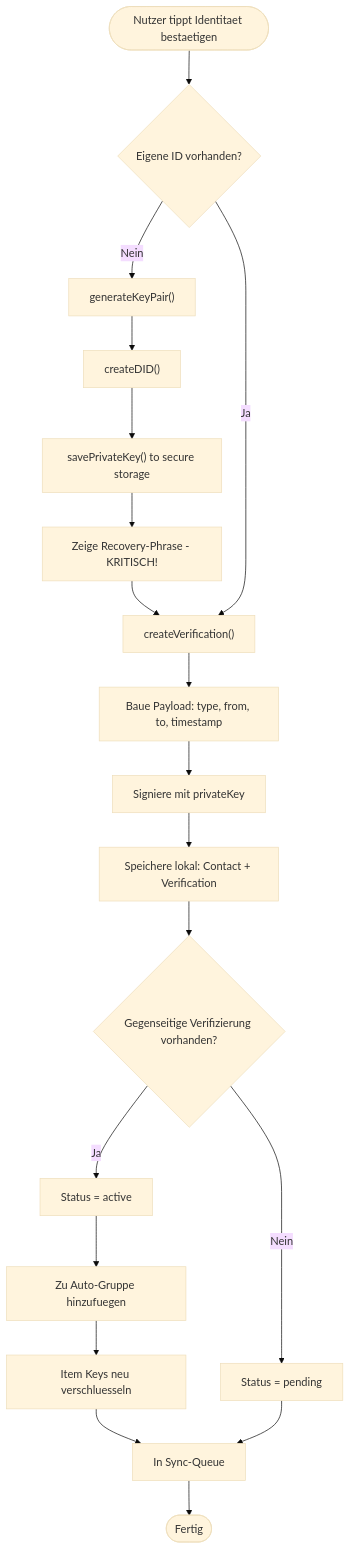
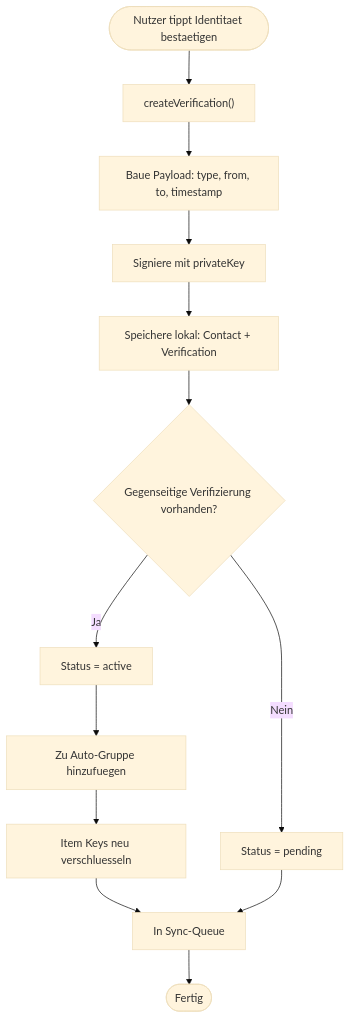
The fourth of 7 diagrams in 02-verifizierung-technisch-flow.md (antontranelis/web-of-trust-concept), drawn with Mermaid (base theme) before and after one commit. The commit also changed other lines of this file and 1 other file, not shown here.

````diff
--- a/02-verifizierung-technisch-flow.md
+++ b/02-verifizierung-technisch-flow.md
@@ -140,30 +134,22 @@
 ```mermaid
 flowchart TD
-    Start(["Nutzer tippt Identitaet bestaetigen"]) --> CheckID{"Eigene ID vorhanden?"}
-    
-    CheckID -->|Nein| GenKey["generateKeyPair()"]
-    GenKey --> GenDID["createDID()"]
-    GenDID --> SaveKey["savePrivateKey() to secure storage"]
-    SaveKey --> ShowRecovery["Zeige Recovery-Phrase - KRITISCH!"]
-    ShowRecovery --> CreateVerif
-    
-    CheckID -->|Ja| CreateVerif["createVerification()"]
+    Start(["Nutzer tippt Identitaet bestaetigen"]) --> CreateVerif["createVerification()"]
     
     CreateVerif --> BuildPayload["Baue Payload: type, from, to, timestamp"]
     
     BuildPayload --> Sign["Signiere mit privateKey"]
     
     Sign --> Store["Speichere lokal: Contact + Verification"]
     
     Store --> CheckMutual{"Gegenseitige Verifizierung vorhanden?"}
     
     CheckMutual -->|Ja| Activate["Status = active"]
     Activate --> AddGroup["Zu Auto-Gruppe hinzufuegen"]
     AddGroup --> Reencrypt["Item Keys neu verschluesseln"]
     Reencrypt --> Queue["In Sync-Queue"]
     
     CheckMutual -->|Nein| Pending["Status = pending"]
     Pending --> Queue
     
     Queue --> End(["Fertig"])
 ```
````
